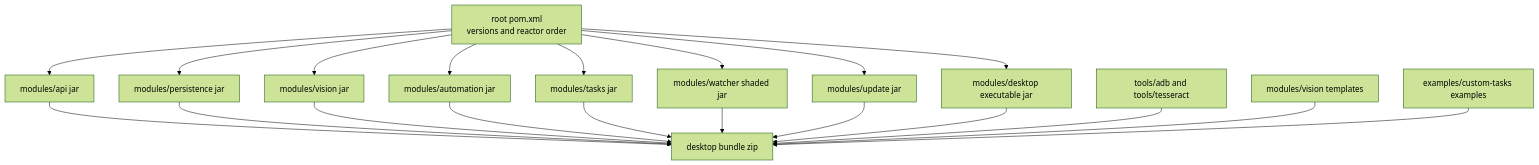
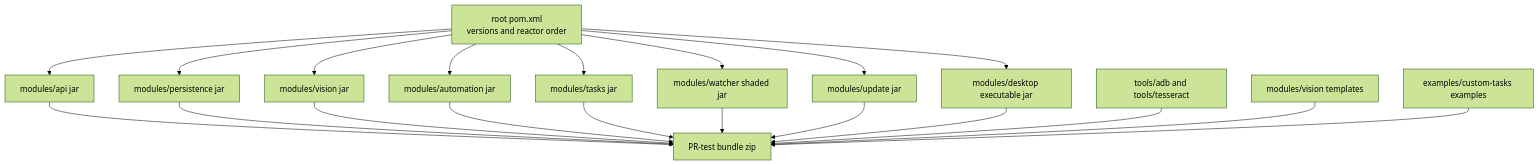
Before and after one commit to Privatexiao/wosbot: the fourth of 4 diagrams in docs/architecture.md, drawn with Mermaid (forest theme). The commit also changed other lines of this file and 13 other files, not shown here.

````diff
--- a/docs/architecture.md
+++ b/docs/architecture.md
@@ -229,24 +229,24 @@
 ```mermaid
 flowchart TD
     RootPom[root pom.xml<br/>versions and reactor order] --> ApiJar[modules/api jar]
     RootPom --> DataJar[modules/persistence jar]
     RootPom --> VisionJar[modules/vision jar]
     RootPom --> EngineJar[modules/automation jar]
     RootPom --> TasksJar[modules/tasks jar]
     RootPom --> WatcherJar[modules/watcher shaded jar]
     RootPom --> UpdateJar[modules/update jar]
     RootPom --> AppJar[modules/desktop executable jar]
 
-    ApiJar --> AppBundle[desktop bundle zip]
+    ApiJar --> AppBundle[PR-test bundle zip]
     DataJar --> AppBundle
     VisionJar --> AppBundle
     EngineJar --> AppBundle
     TasksJar --> AppBundle
     WatcherJar --> AppBundle
     UpdateJar --> AppBundle
     AppJar --> AppBundle
 
     Tools[tools/adb and tools/tesseract] --> AppBundle
     Templates[modules/vision templates] --> AppBundle
     CustomTasks[examples/custom-tasks examples] --> AppBundle
 ```
````
